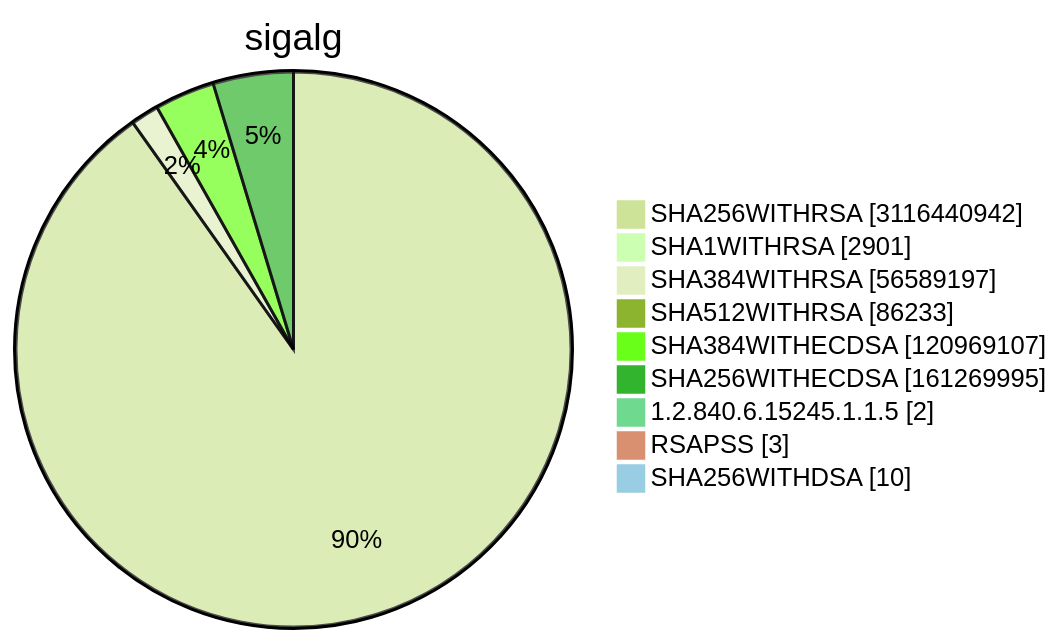
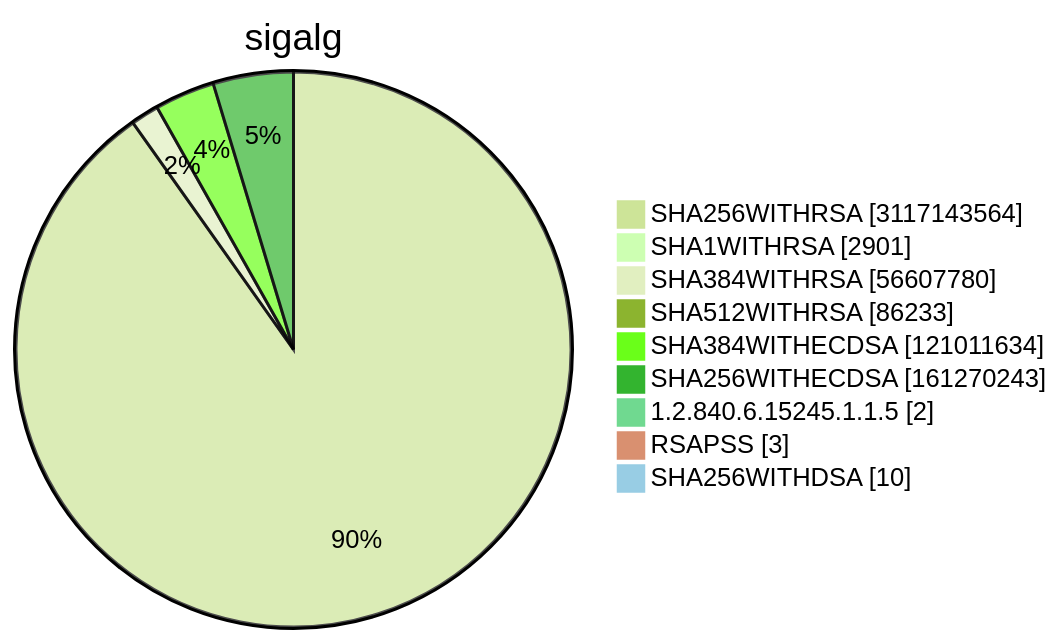
One commit to christiankrug/ctmonitor_visualization changed diagram 15 of 15 in TOTAL/README.md. Above: the diagram before and after it, drawn with Mermaid (forest theme). The commit also changed other lines of this file, not shown here.

````diff
--- a/TOTAL/README.md
+++ b/TOTAL/README.md
@@ -6212,13 +6212,13 @@
 ```mermaid
 pie showData
 title sigalg
-"SHA256WITHRSA" :3116440942
+"SHA256WITHRSA" :3117143564
 "SHA1WITHRSA" :2901
-"SHA384WITHRSA" :56589197
+"SHA384WITHRSA" :56607780
 "SHA512WITHRSA" :86233
-"SHA384WITHECDSA" :120969107
-"SHA256WITHECDSA" :161269995
+"SHA384WITHECDSA" :121011634
+"SHA256WITHECDSA" :161270243
 "1.2.840.6.15245.1.1.5" :2
 "RSAPSS" :3
 "SHA256WITHDSA" :10
 ```
````
